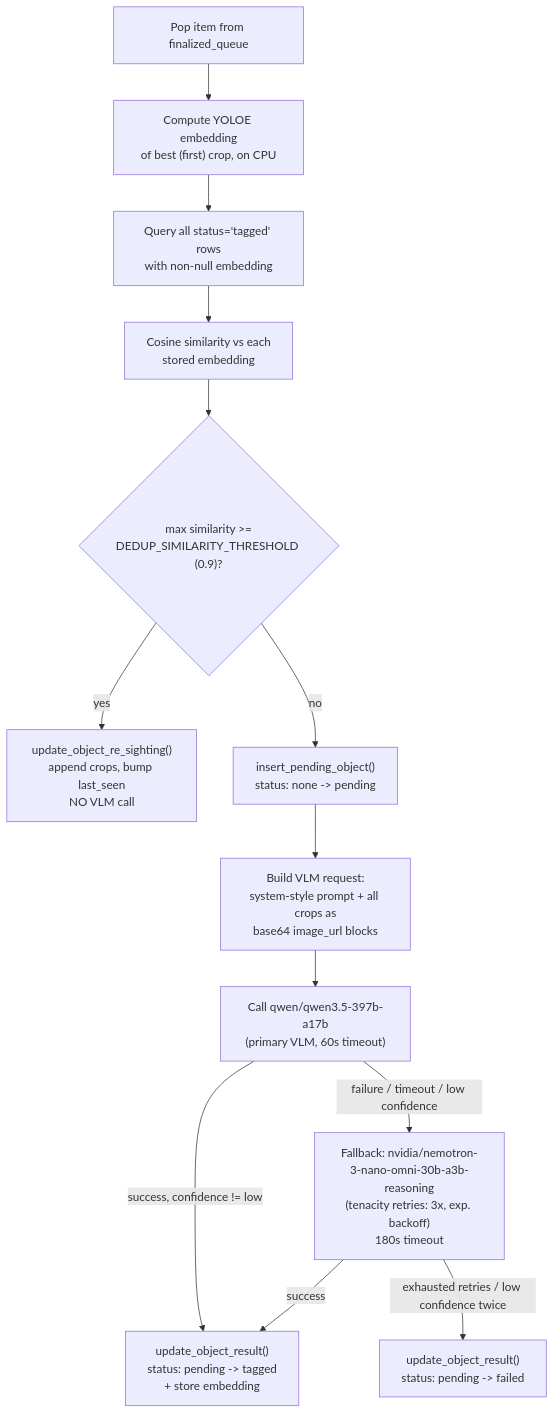
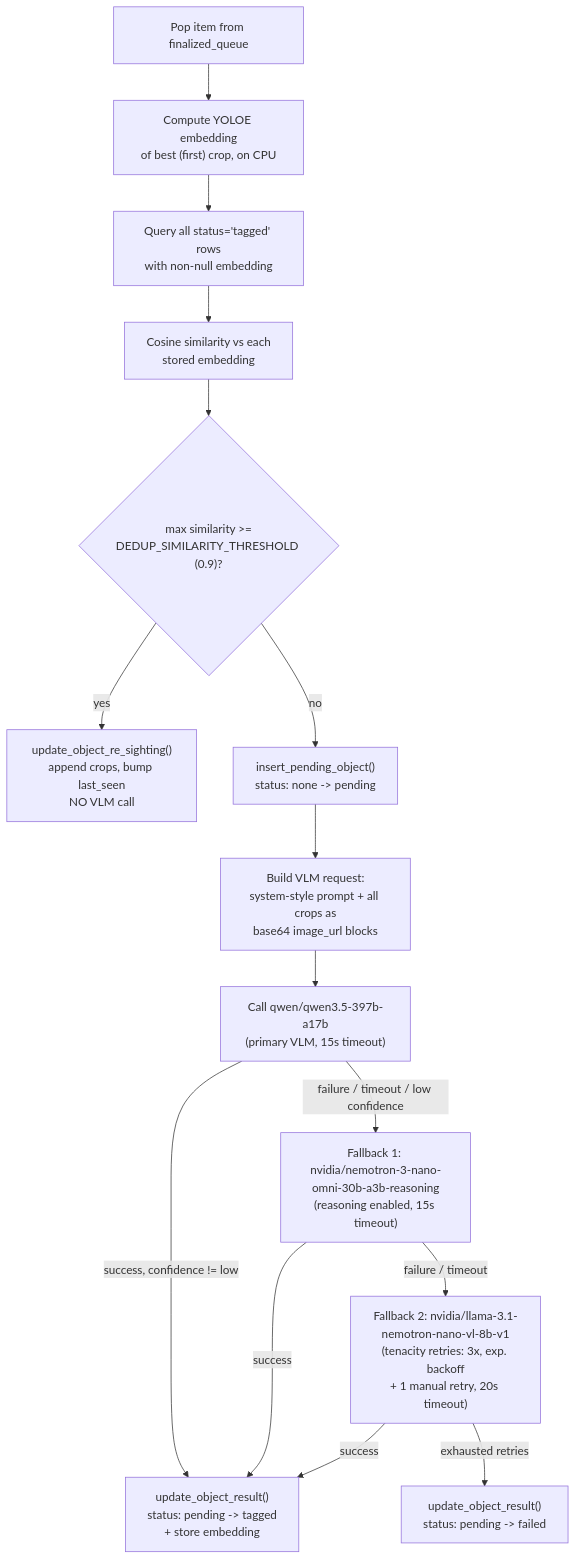
One commit to MrPanda009/batman-vision changed the fifth of 6 diagrams in backend/README.md. Above: the diagram before and after it, drawn with Mermaid. The commit also changed other lines of this file and 3 other files, not shown here.

Commit message:
docs: update CLAUDE.md and README.md files to document the main.py server architecture, recall CLI, and redundant pipeline logic.

````diff
--- a/backend/README.md
+++ b/backend/README.md
@@ -137,15 +166,17 @@
 ```mermaid
 flowchart TD
     A[Pop item from finalized_queue] --> B["Compute YOLOE embedding\nof best (first) crop, on CPU"]
     B --> C["Query all status='tagged' rows\nwith non-null embedding"]
     C --> D["Cosine similarity vs each\nstored embedding"]
     D --> E{"max similarity >=\nDEDUP_SIMILARITY_THRESHOLD (0.9)?"}
     E -->|yes| F["update_object_re_sighting()\nappend crops, bump last_seen\nNO VLM call"]
     E -->|no| G["insert_pending_object()\nstatus: none -> pending"]
     G --> H["Build VLM request:\nsystem-style prompt + all crops as\nbase64 image_url blocks"]
-    H --> I["Call qwen/qwen3.5-397b-a17b\n(primary VLM, 60s timeout)"]
+    H --> I["Call qwen/qwen3.5-397b-a17b\n(primary VLM, 15s timeout)"]
     I -->|success, confidence != low| J["update_object_result()\nstatus: pending -> tagged\n+ store embedding"]
-    I -->|failure / timeout / low confidence| K["Fallback: nvidia/nemotron-3-nano-omni-30b-a3b-reasoning\n(tenacity retries: 3x, exp. backoff)\n180s timeout"]
+    I -->|failure / timeout / low confidence| K["Fallback 1: nvidia/nemotron-3-nano-omni-30b-a3b-reasoning\n(reasoning enabled, 15s timeout)"]
     K -->|success| J
-    K -->|exhausted retries / low confidence twice| L["update_object_result()\nstatus: pending -> failed"]
+    K -->|failure / timeout| M["Fallback 2: nvidia/llama-3.1-nemotron-nano-vl-8b-v1\n(tenacity retries: 3x, exp. backoff\n+ 1 manual retry, 20s timeout)"]
+    M -->|success| J
+    M -->|exhausted retries| L["update_object_result()\nstatus: pending -> failed"]
 ```
````
